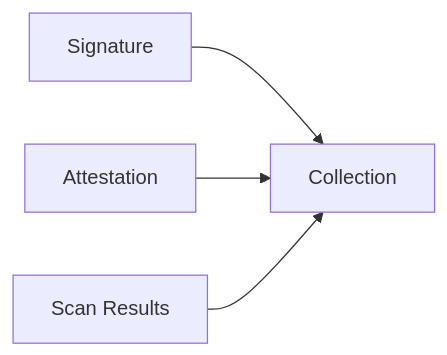
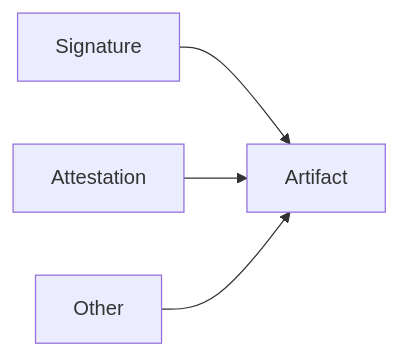
The first of 9 diagrams in docs/design.md (emporous/community), drawn with Mermaid before and after one commit. The commit also changed other lines of this file, not shown here.

````diff
--- a/docs/design.md
+++ b/docs/design.md
@@ -206,6 +209,6 @@
 ```mermaid
 graph LR;
-A[Signature]-->B[Collection];
+A[Signature]-->B[Artifact];
 C[Attestation] --> B
-D[Scan Results] --> B
+D[Other] --> B
 ```
````
